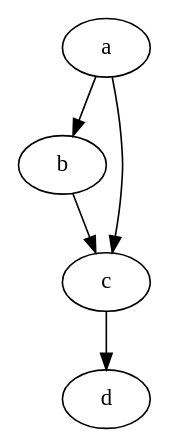
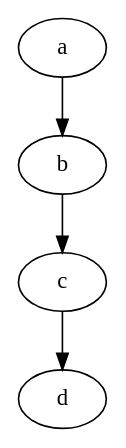
The diagram in src/main/resources/example.dot (abdullahmasood6/CSE464_2024_ahakim1), drawn with Graphviz before and after one commit. The commit also changed 10 other files, not shown here.

```diff
--- a/src/main/resources/example.dot
+++ b/src/main/resources/example.dot
@@ -1,6 +1,5 @@
 digraph {
     a -> b;
     b -> c;
     c -> d;
-    a -> c;
 }
```
